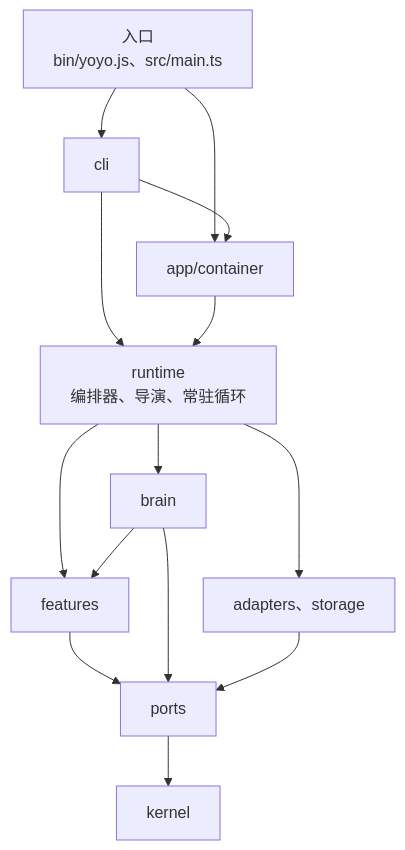
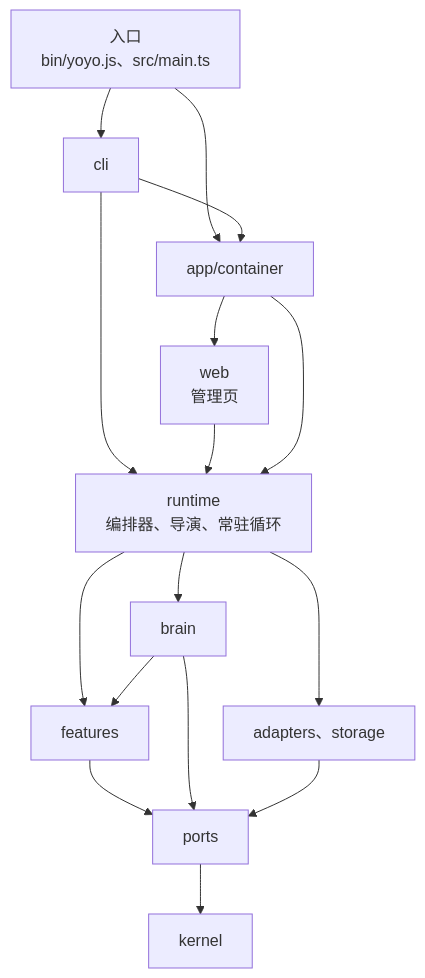
One commit to modelctx-ai/yoyo changed the first of 5 diagrams in docs/tech/architecture.md. Above: the diagram before and after it, drawn with Mermaid. The commit also changed other lines of this file and 9 other files, not shown here.

````diff
--- a/docs/tech/architecture.md
+++ b/docs/tech/architecture.md
@@ -61,16 +61,18 @@
 ```mermaid
 flowchart TB
   entry["入口<br/>bin/yoyo.js、src/main.ts"] --> cli
   entry --> container["app/container"]
   cli --> container
   cli --> runtime
+  container --> web["web<br/>管理页"]
+  web --> runtime
   container --> runtime["runtime<br/>编排器、导演、常驻循环"]
   runtime --> features
   runtime --> brain
   runtime --> adapters["adapters、storage"]
   brain --> features
   features --> ports
   brain --> ports
   adapters --> ports
   ports --> kernel
 ```
````
